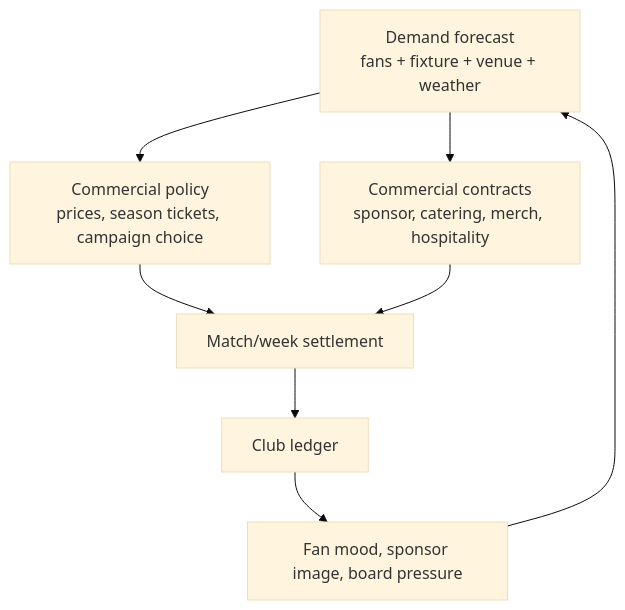
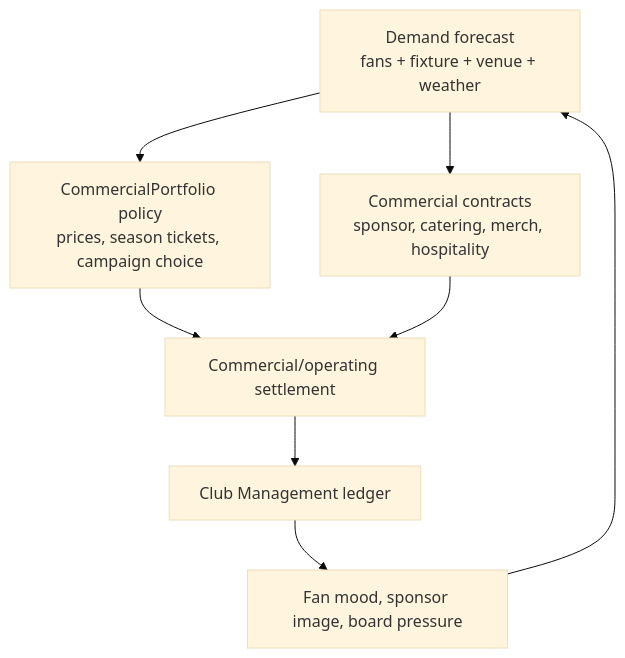
One commit to EtroxTaran/klubhaus-elf changed the diagram in docs/50-Game-Design/GD-0022-economy-commercial-impact-and-contracts.md. Above: the diagram before and after it, drawn with Mermaid (base theme). The commit also changed other lines of this file and 24 other files, not shown here.

````diff
--- a/docs/50-Game-Design/GD-0022-economy-commercial-impact-and-contracts.md
+++ b/docs/50-Game-Design/GD-0022-economy-commercial-impact-and-contracts.md
@@ -108,17 +125,17 @@
 ```mermaid
 flowchart TB
     Forecast["Demand forecast<br/>fans + fixture + venue + weather"]
-    Policy["Commercial policy<br/>prices, season tickets, campaign choice"]
+    Policy["CommercialPortfolio policy<br/>prices, season tickets, campaign choice"]
     Contract["Commercial contracts<br/>sponsor, catering, merch, hospitality"]
-    Settlement["Match/week settlement"]
-    Ledger["Club ledger"]
+    Settlement["Commercial/operating settlement"]
+    Ledger["Club Management ledger"]
     Feedback["Fan mood, sponsor image, board pressure"]
 
     Forecast --> Policy
     Forecast --> Contract
     Policy --> Settlement
     Contract --> Settlement
     Settlement --> Ledger
     Ledger --> Feedback
     Feedback --> Forecast
 ```
````
